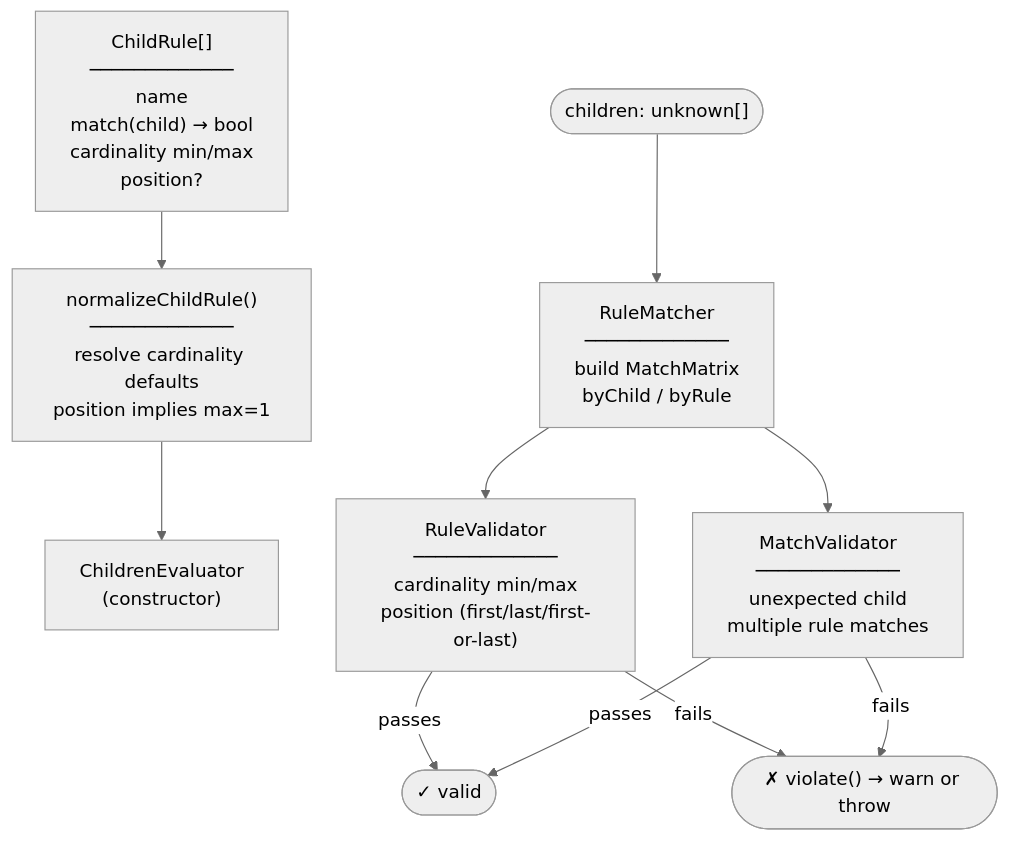
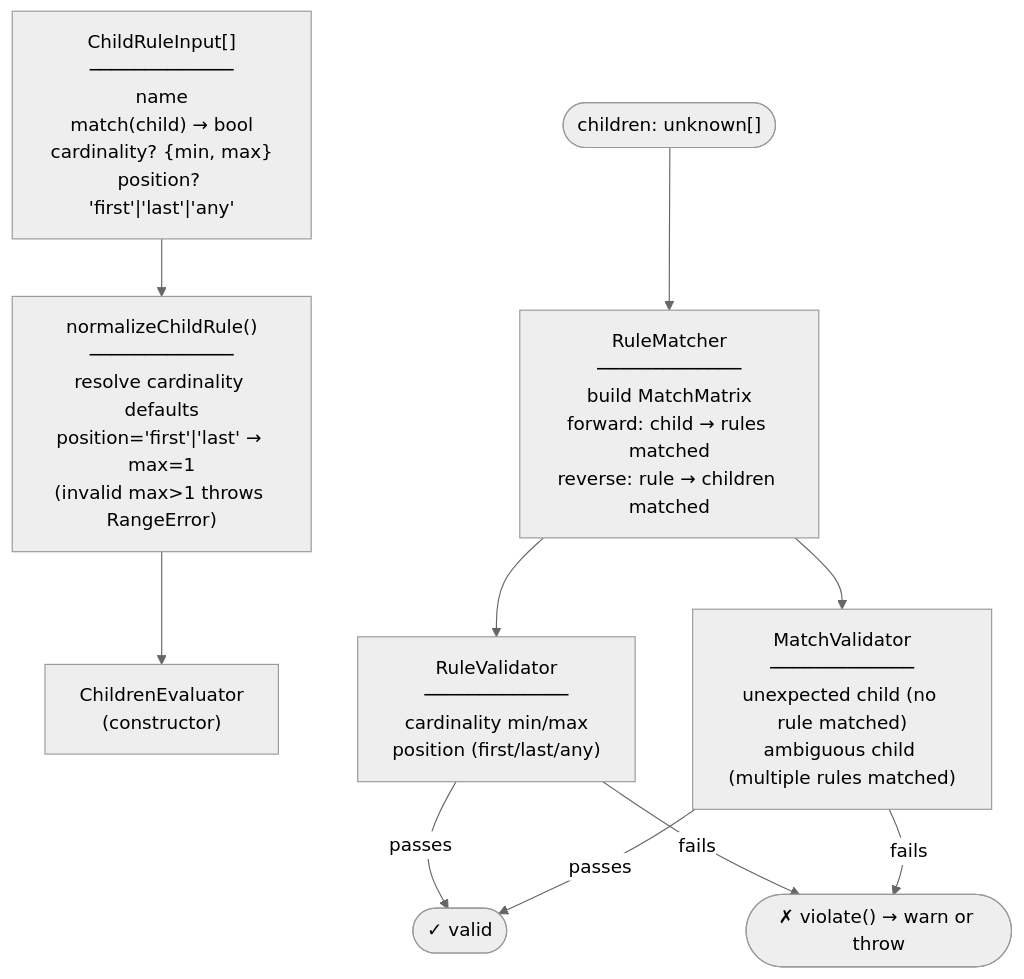
One commit to slowebworkz/praxis-kit changed the fifth of 10 diagrams in ARCHITECTURE.md. Above: the diagram before and after it, drawn with Mermaid (neutral theme). The commit also changed other lines of this file and 5 other files, not shown here.

````diff
--- a/ARCHITECTURE.md
+++ b/ARCHITECTURE.md
@@ -199,44 +230,46 @@
 ```mermaid
 flowchart TD
-    rules["ChildRule[]
+    rules["ChildRuleInput[]
 ─────────────
 name
 match(child) → bool
-cardinality min/max
-position?"]
+cardinality? {min, max}
+position? 'first'|'last'|'any'"]
 
     evaluator["ChildrenEvaluator
 (constructor)"]
 
     normalize["normalizeChildRule()
 ─────────────
 resolve cardinality defaults
-position implies max=1"]
+position='first'|'last' → max=1
+(invalid max>1 throws RangeError)"]
 
     children(["children: unknown[]"])
 
     matcher["RuleMatcher
 ─────────────
 build MatchMatrix
-byChild / byRule"]
+forward: child → rules matched
+reverse: rule → children matched"]
 
     rv["RuleValidator
 ─────────────
 cardinality min/max
-position (first/last/first-or-last)"]
+position (first/last/any)"]
 
     mv["MatchValidator
 ─────────────
-unexpected child
-multiple rule matches"]
+unexpected child (no rule matched)
+ambiguous child (multiple rules matched)"]
 
     ok(["✓ valid"])
     err(["✗ violate() → warn or throw"])
 
     rules --> normalize --> evaluator
     children --> matcher --> rv & mv
     rv -- passes --> ok
     rv -- fails --> err
     mv -- passes --> ok
     mv -- fails --> err
 ```
````
